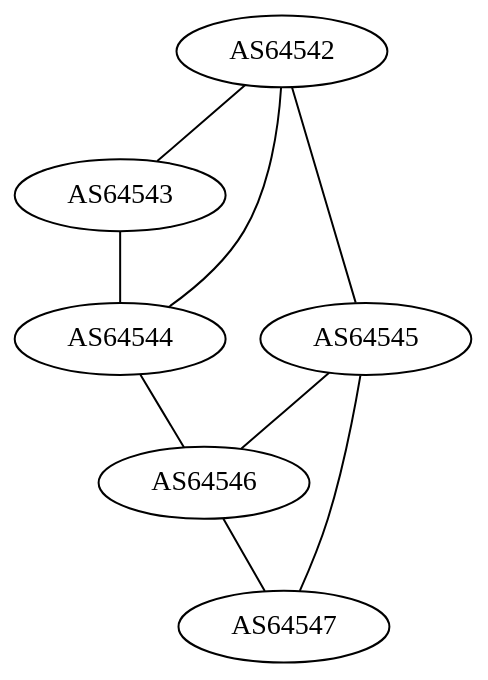
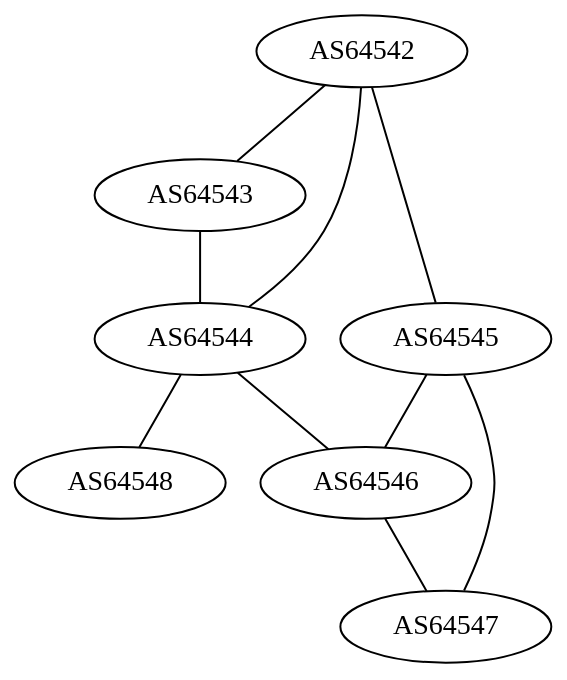
Before and after one commit to GLaNET/resources: the diagram in as-graph.dot, drawn with Graphviz.

Commit message:
Adding AS64548

```diff
--- a/as-graph.dot
+++ b/as-graph.dot
@@ -1,24 +1,25 @@
 graph GLaNET
 {
         edge [len=2];
         graph [bgcolor=transparent]
 
         //AS64540 [shape=box];
         //AS64540 [label="Caribou Route Server\nAS64540"];
         //AS64540 -- AS64542;
         //AS64540 -- AS64544;
         //AS64540 -- AS64543;
 
         AS64542 -- AS64543;
         AS64542 -- AS64544; // [label="1"];
         AS64542 -- AS64545;
 
         AS64543 -- AS64544;
 
         AS64544 -- AS64546;
+        AS64544 -- AS64548;
 
         AS64545 -- AS64546;
         AS64545 -- AS64547;
 
         AS64546 -- AS64547;
 }
```
